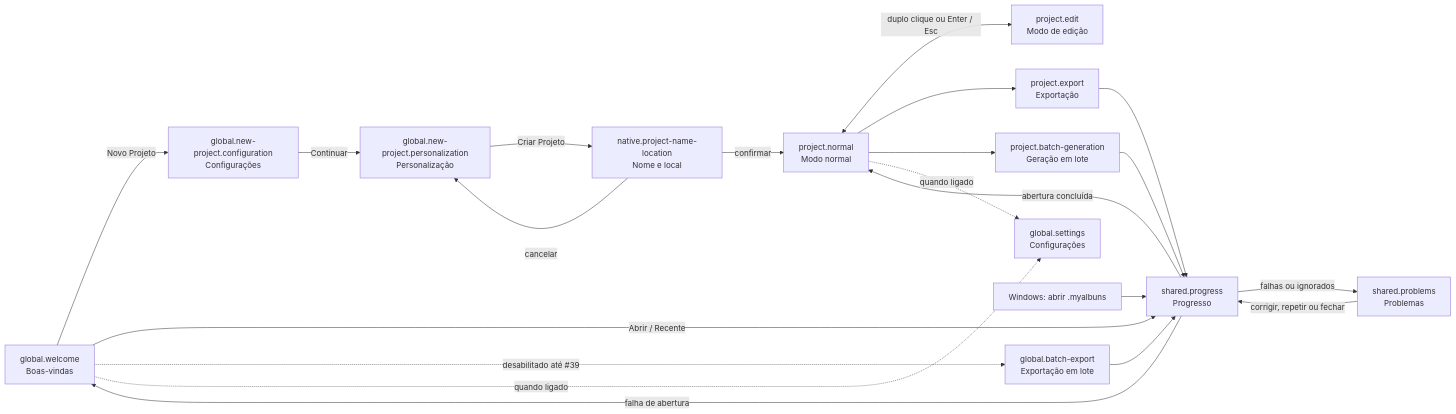
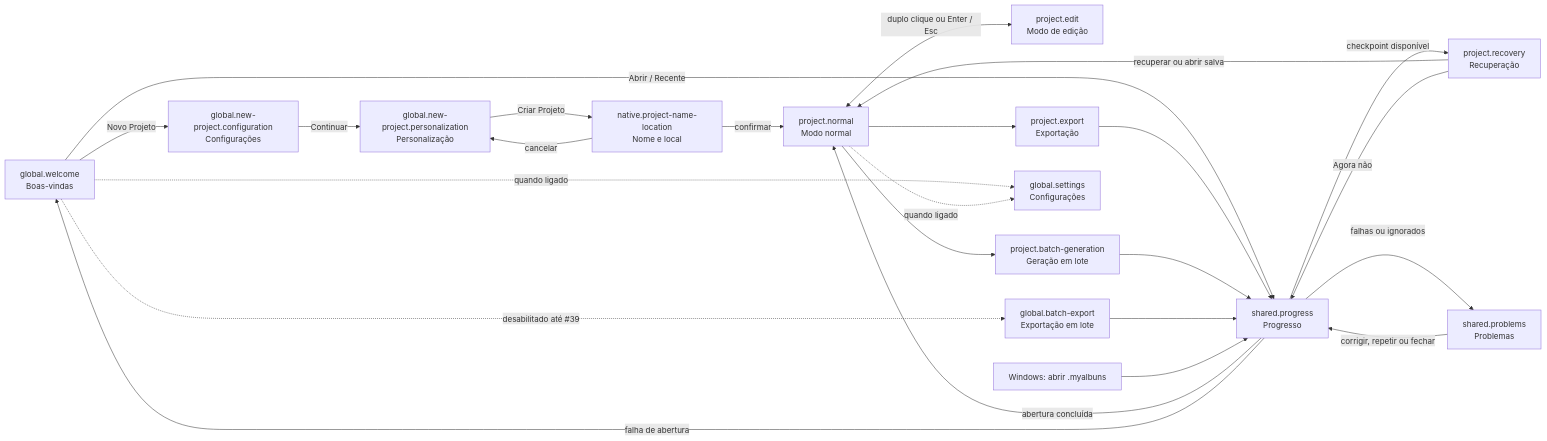
One commit to W4liss0n/my-Albuns changed the diagram in docs/design/0018-mapa-de-navegacao-e-interacao-da-interface.md. Above: the diagram before and after it, drawn with Mermaid. The commit also changed other lines of this file and 57 other files, not shown here.

````diff
--- a/docs/design/0018-mapa-de-navegacao-e-interacao-da-interface.md
+++ b/docs/design/0018-mapa-de-navegacao-e-interacao-da-interface.md
@@ -61,36 +62,40 @@
 ```mermaid
 flowchart LR
   W[global.welcome<br/>Boas-vindas]
   C[global.new-project.configuration<br/>Configurações]
   P[global.new-project.personalization<br/>Personalização]
   N[native.project-name-location<br/>Nome e local]
   PN[project.normal<br/>Modo normal]
+  RC[project.recovery<br/>Recuperação]
   PE[project.edit<br/>Modo de edição]
   EX[project.export<br/>Exportação]
   BE[global.batch-export<br/>Exportação em lote]
   BG[project.batch-generation<br/>Geração em lote]
   PR[shared.problems<br/>Problemas]
   PG[shared.progress<br/>Progresso]
   ST[global.settings<br/>Configurações]
 
   W -->|Novo Projeto| C
   C -->|Continuar| P
   P -->|Criar Projeto| N
   N -->|confirmar| PN
   N -->|cancelar| P
   W -->|Abrir / Recente| PG
   PG -->|abertura concluída| PN
+  PG -->|checkpoint disponível| RC
+  RC -->|recuperar ou abrir salva| PN
+  RC -->|Agora não| PG
   PG -->|falha de abertura| W
   PN <-->|duplo clique ou Enter / Esc| PE
   PN --> EX
   PN --> BG
   W -.->|desabilitado até #39| BE
   W -.->|quando ligado| ST
   PN -.->|quando ligado| ST
   EX --> PG
   BG --> PG
   BE --> PG
   PG -->|falhas ou ignorados| PR
   PR -->|corrigir, repetir ou fechar| PG
   WIN[Windows: abrir .myalbuns] --> PG
 ```
````
